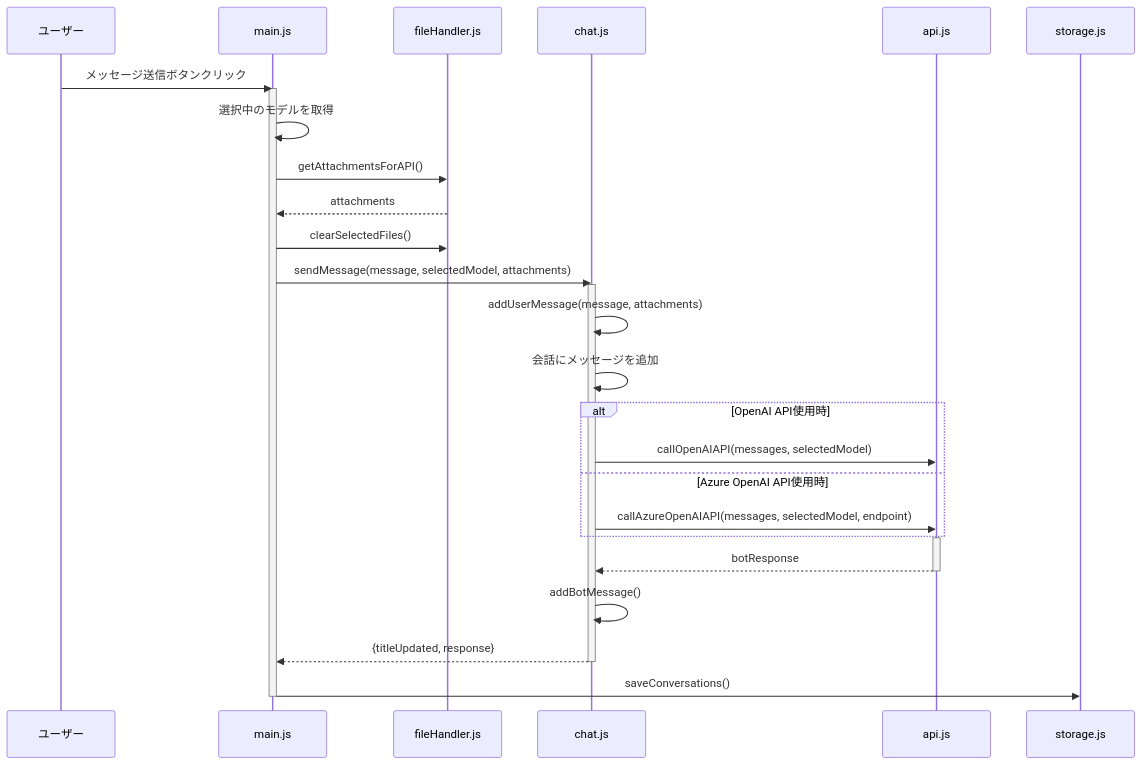
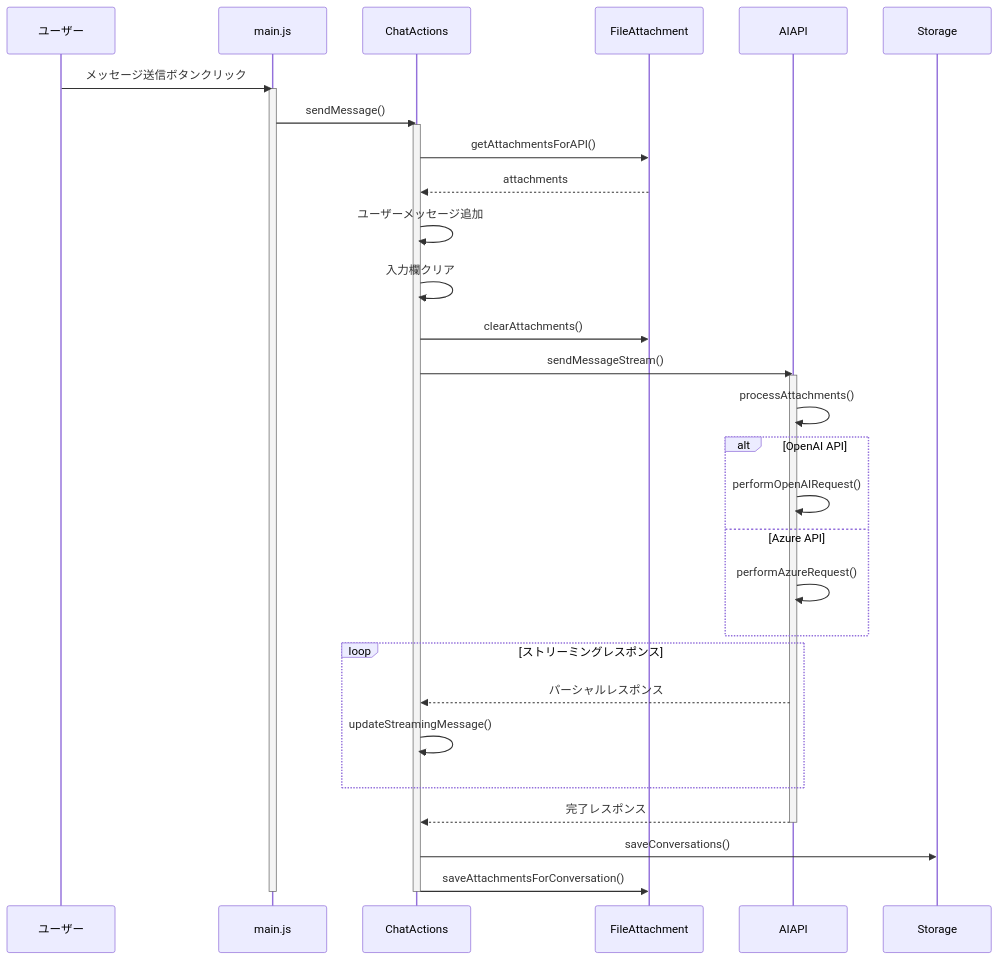
Before and after one commit to SuperPyonchiX/ChatBot: the seventh of 9 diagrams in ChatBot_設計仕様書.md, drawn with Mermaid. The commit also changed other lines of this file, not shown here.

````diff
--- a/ChatBot_設計仕様書.md
+++ b/ChatBot_設計仕様書.md
@@ -437,38 +1240,43 @@
 ```mermaid
 sequenceDiagram
     participant User as ユーザー
     participant Main as main.js
-    participant FileHandler as fileHandler.js
-    participant Chat as chat.js
-    participant API as api.js
-    participant Storage as storage.js
+    participant ChatActions as ChatActions
+    participant FileAttachment as FileAttachment
+    participant AIAPI as AIAPI
+    participant Storage as Storage
     
     User->>Main: メッセージ送信ボタンクリック
     activate Main
-    Main->>Main: 選択中のモデルを取得
-    Main->>FileHandler: getAttachmentsForAPI()
-    FileHandler-->>Main: attachments
-    Main->>FileHandler: clearSelectedFiles()
+    Main->>ChatActions: sendMessage()
+    activate ChatActions
+    ChatActions->>FileAttachment: getAttachmentsForAPI()
+    FileAttachment-->>ChatActions: attachments
     
-    Main->>Chat: sendMessage(message, selectedModel, attachments)
-    activate Chat
-    Chat->>Chat: addUserMessage(message, attachments)
-    Chat->>Chat: 会話にメッセージを追加
+    ChatActions->>ChatActions: ユーザーメッセージ追加
+    ChatActions->>ChatActions: 入力欄クリア
+    ChatActions->>FileAttachment: clearAttachments()
     
-    alt OpenAI API使用時
-        Chat->>API: callOpenAIAPI(messages, selectedModel)
-    else Azure OpenAI API使用時
-        Chat->>API: callAzureOpenAIAPI(messages, selectedModel, endpoint)
+    ChatActions->>AIAPI: sendMessageStream()
+    activate AIAPI
+    AIAPI->>AIAPI: processAttachments()
+    
+    alt OpenAI API
+        AIAPI->>AIAPI: performOpenAIRequest()
+    else Azure API
+        AIAPI->>AIAPI: performAzureRequest()
     end
     
-    activate API
-    API-->>Chat: botResponse
-    deactivate API
+    loop ストリーミングレスポンス
+        AIAPI-->>ChatActions: パーシャルレスポンス
+        ChatActions->>ChatActions: updateStreamingMessage()
+    end
     
-    Chat->>Chat: addBotMessage()
-    Chat-->>Main: {titleUpdated, response}
-    deactivate Chat
+    AIAPI-->>ChatActions: 完了レスポンス
+    deactivate AIAPI
     
-    Main->>Storage: saveConversations()
+    ChatActions->>Storage: saveConversations()
+    ChatActions->>FileAttachment: saveAttachmentsForConversation()
+    deactivate ChatActions
     deactivate Main
 ```
````
